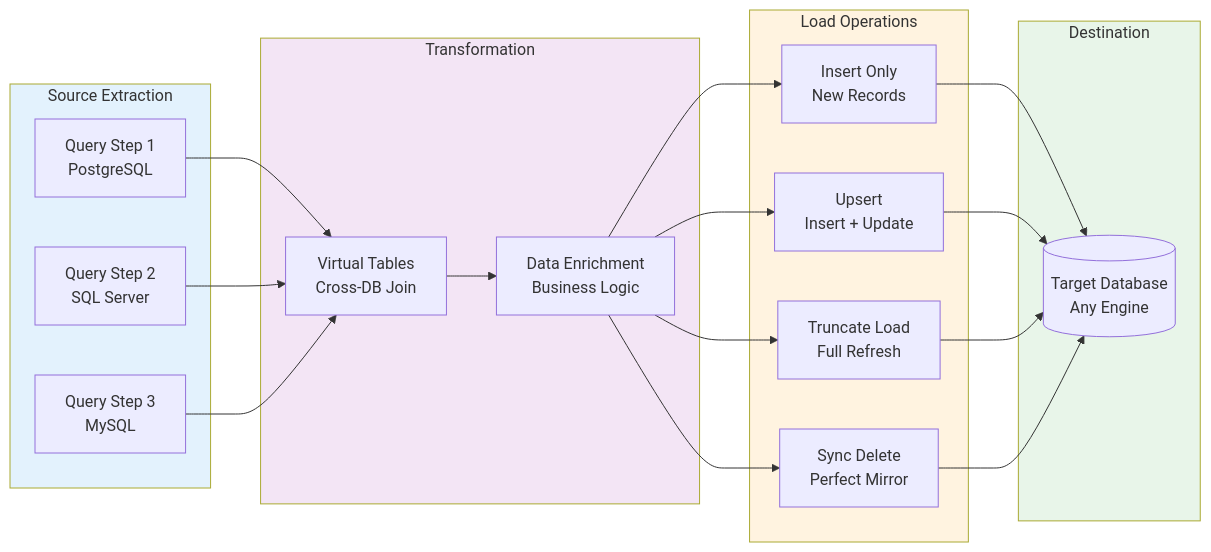
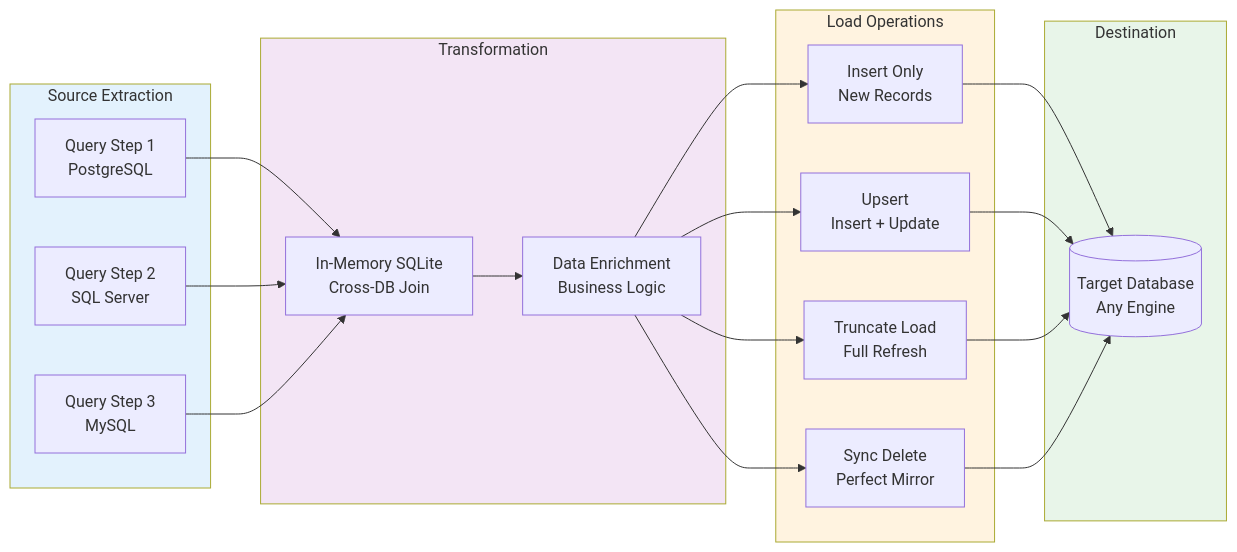
The third of 3 diagrams in docs/index.md (moberghr/beacon), drawn with Mermaid before and after one commit. The commit also changed other lines of this file and 22 other files, not shown here.

````diff
--- a/docs/index.md
+++ b/docs/index.md
@@ -116,42 +128,42 @@
 ```mermaid
 flowchart LR
     subgraph Source["Source Extraction"]
         Q1[Query Step 1<br/>PostgreSQL]
         Q2[Query Step 2<br/>SQL Server]
         Q3[Query Step 3<br/>MySQL]
     end
 
     subgraph Transform["Transformation"]
-        VT[Virtual Tables<br/>Cross-DB Join]
+        VT[In-Memory SQLite<br/>Cross-DB Join]
         Enrich[Data Enrichment<br/>Business Logic]
     end
 
     subgraph Load["Load Operations"]
         Insert[Insert Only<br/>New Records]
         Upsert[Upsert<br/>Insert + Update]
         Truncate[Truncate Load<br/>Full Refresh]
         Sync[Sync Delete<br/>Perfect Mirror]
     end
 
     subgraph Destination["Destination"]
         Target[(Target Database<br/>Any Engine)]
     end
 
     Q1 --> VT
     Q2 --> VT
     Q3 --> VT
     VT --> Enrich
     Enrich --> Insert
     Enrich --> Upsert
     Enrich --> Truncate
     Enrich --> Sync
     Insert --> Target
     Upsert --> Target
     Truncate --> Target
     Sync --> Target
 
     style Source fill:#e3f2fd
     style Transform fill:#f3e5f5
     style Load fill:#fff3e0
     style Destination fill:#e8f5e9
 ```
````
